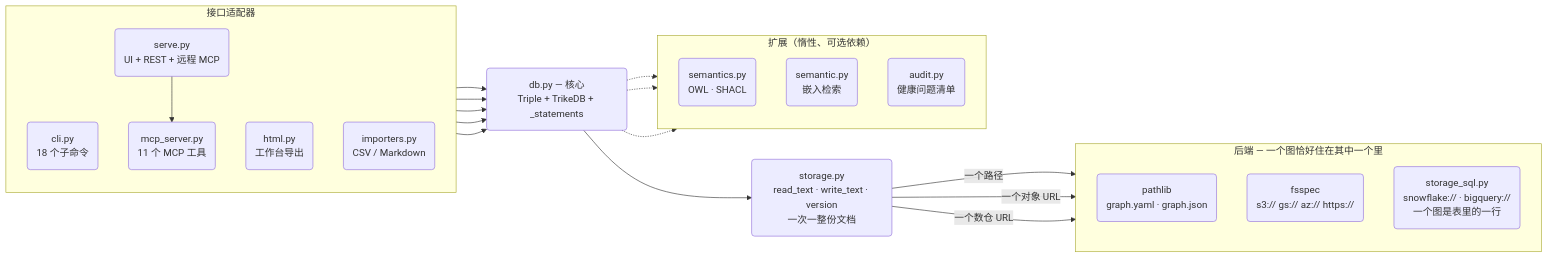
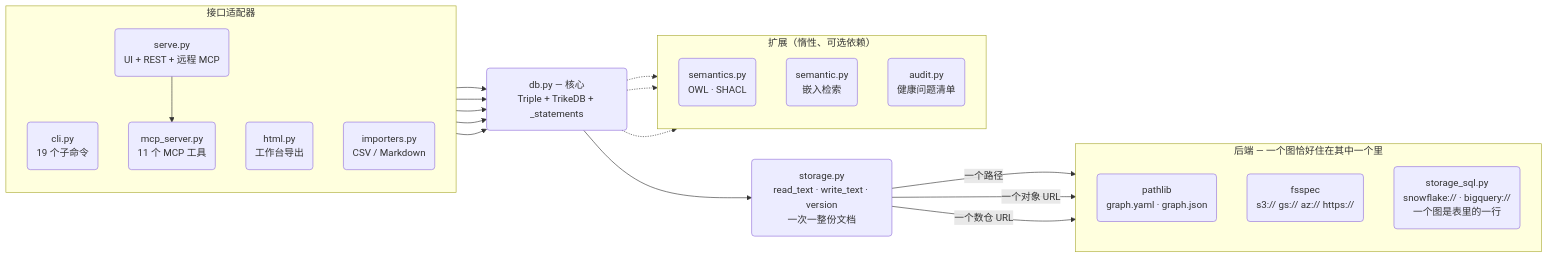
The third of 3 diagrams in docs/ARCHITECTURE_zh.md (RyutoYoda/trikedb), drawn with Mermaid before and after one commit. The commit also changed other lines of this file and 7 other files, not shown here.

````diff
--- a/docs/ARCHITECTURE_zh.md
+++ b/docs/ARCHITECTURE_zh.md
@@ -292,43 +293,43 @@
 ```mermaid
 flowchart LR
     subgraph adapters["接口适配器"]
         direction TB
-        CLI("cli.py<br/>18 个子命令")
+        CLI("cli.py<br/>19 个子命令")
         MCP("mcp_server.py<br/>11 个 MCP 工具")
         SERVE("serve.py<br/>UI + REST + 远程 MCP")
         HTML("html.py<br/>工作台导出")
         IMP("importers.py<br/>CSV / Markdown")
     end
 
     CORE("db.py — 核心<br/>Triple + TrikeDB + _statements")
 
     subgraph ext["扩展（惰性、可选依赖）"]
         direction TB
         SEM("semantics.py<br/>OWL · SHACL")
         EMB("semantic.py<br/>嵌入检索")
         AUD("audit.py<br/>健康问题清单")
     end
 
     STORE("storage.py<br/>read_text · write_text · version<br/>一次一整份文档")
 
     subgraph backends["后端 — 一个图恰好住在其中一个里"]
         direction TB
         LOCAL("pathlib<br/>graph.yaml · graph.json")
         FS("fsspec<br/>s3:// gs:// az:// https://")
         SQL("storage_sql.py<br/>snowflake:// · bigquery://<br/>一个图是表里的一行")
     end
 
     SERVE --> MCP
     CLI --> CORE
     MCP --> CORE
     SERVE --> CORE
     HTML --> CORE
     IMP --> CORE
     CORE --> STORE
     STORE -->|"一个路径"| LOCAL
     STORE -->|"一个对象 URL"| FS
     STORE -->|"一个数仓 URL"| SQL
     CORE -.-> SEM
     CORE -.-> EMB
     CORE -.-> AUD
 ```
````
